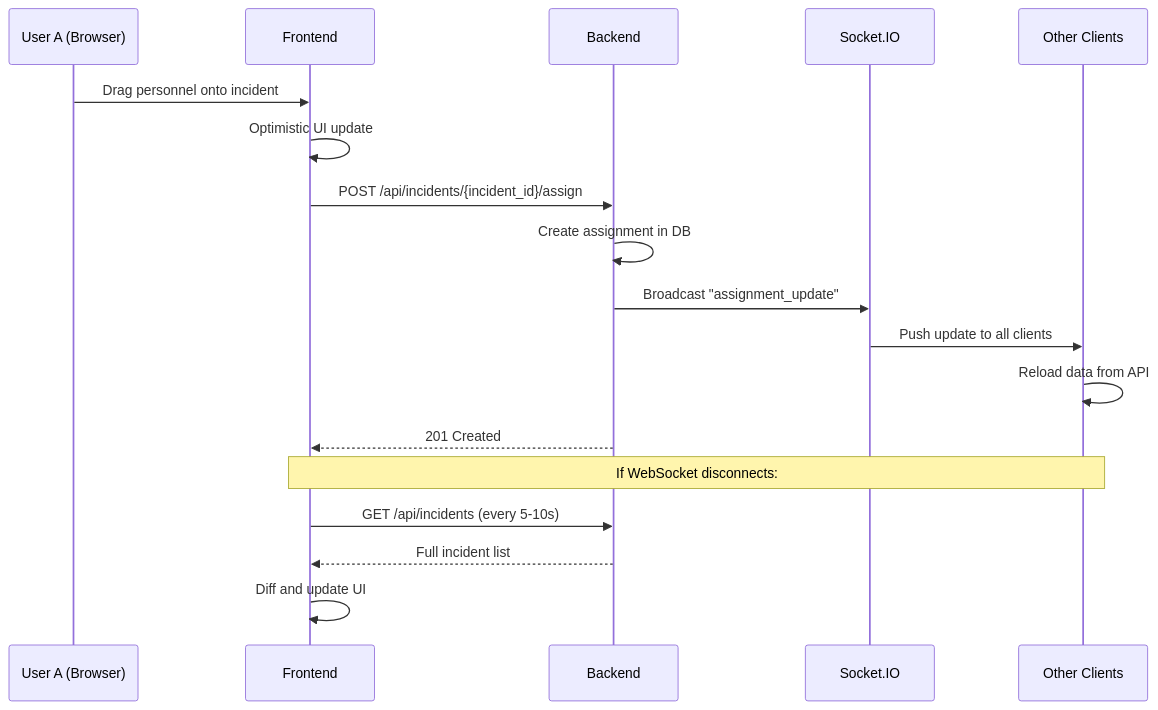
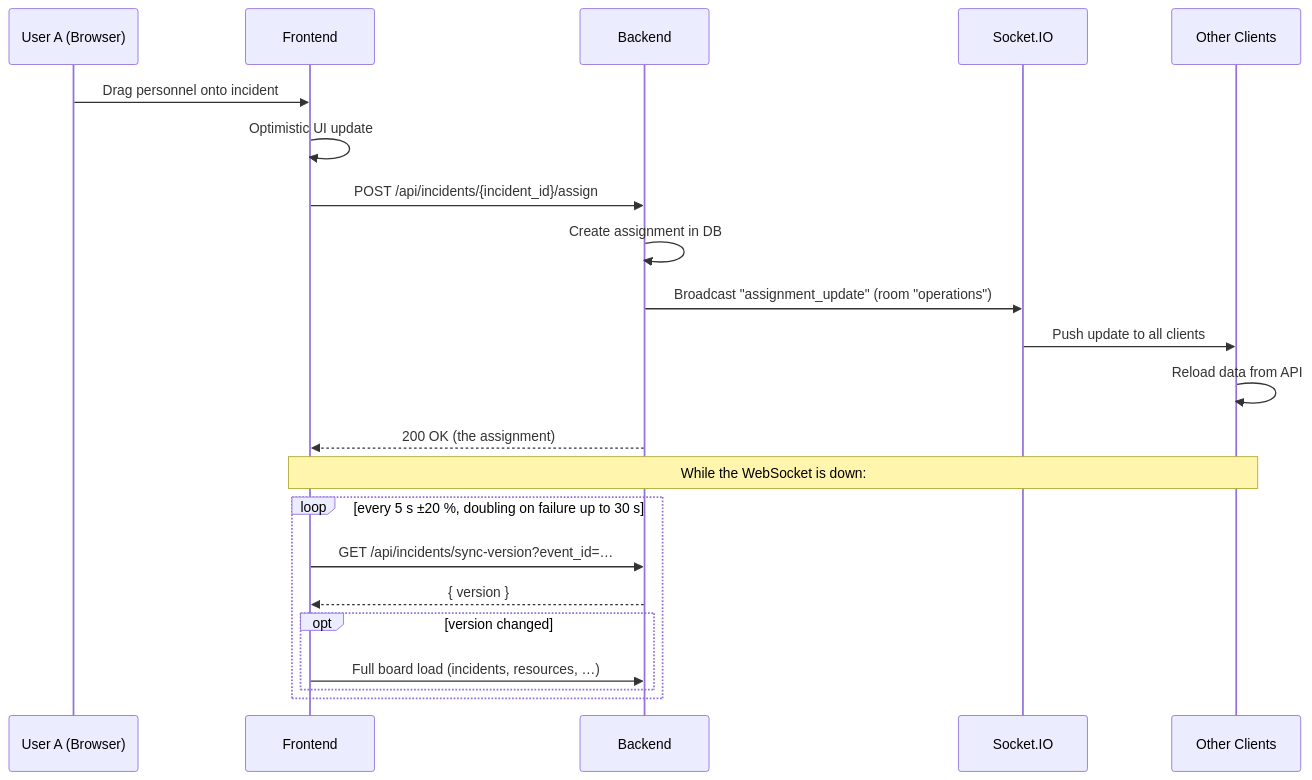
Before and after one commit to feuerwehr-oberwil/kp-rueck: the sixth of 10 diagrams in docs/ARCHITECTURE.md, drawn with Mermaid. The commit also changed other lines of this file and 4 other files, not shown here.

First line of the commit message:
docs(architecture): sync, rooms and column headers as built (DOCS-15)

````diff
--- a/docs/ARCHITECTURE.md
+++ b/docs/ARCHITECTURE.md
@@ -349,22 +349,26 @@
 ```mermaid
 sequenceDiagram
     participant U as User A (Browser)
     participant F as Frontend
     participant B as Backend
     participant WS as Socket.IO
     participant O as Other Clients
 
     U->>F: Drag personnel onto incident
     F->>F: Optimistic UI update
     F->>B: POST /api/incidents/{incident_id}/assign
     B->>B: Create assignment in DB
-    B->>WS: Broadcast "assignment_update"
+    B->>WS: Broadcast "assignment_update" (room "operations")
     WS->>O: Push update to all clients
     O->>O: Reload data from API
-    B-->>F: 201 Created
+    B-->>F: 200 OK (the assignment)
 
-    Note over F,O: If WebSocket disconnects:
-    F->>B: GET /api/incidents (every 5-10s)
-    B-->>F: Full incident list
-    F->>F: Diff and update UI
+    Note over F,O: While the WebSocket is down:
+    loop every 5 s ±20 %, doubling on failure up to 30 s
+        F->>B: GET /api/incidents/sync-version?event_id=…
+        B-->>F: { version }
+        opt version changed
+            F->>B: Full board load (incidents, resources, …)
+        end
+    end
 ```
````
